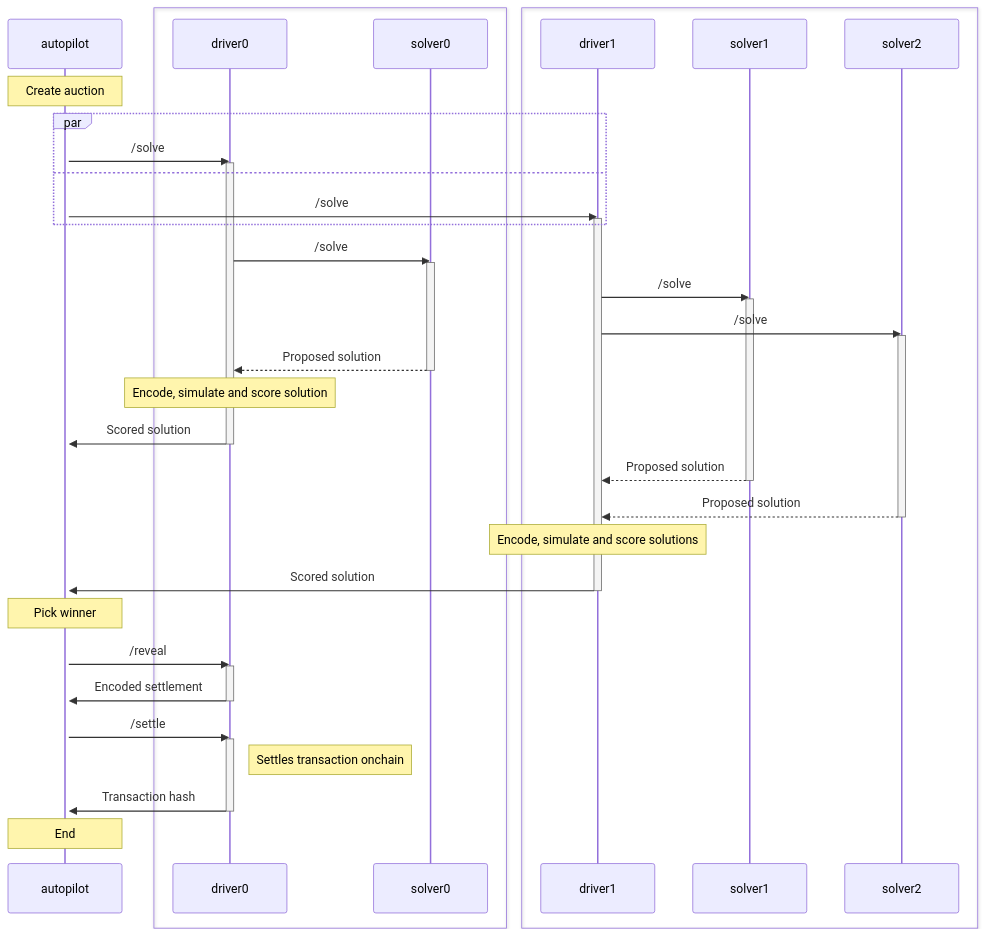
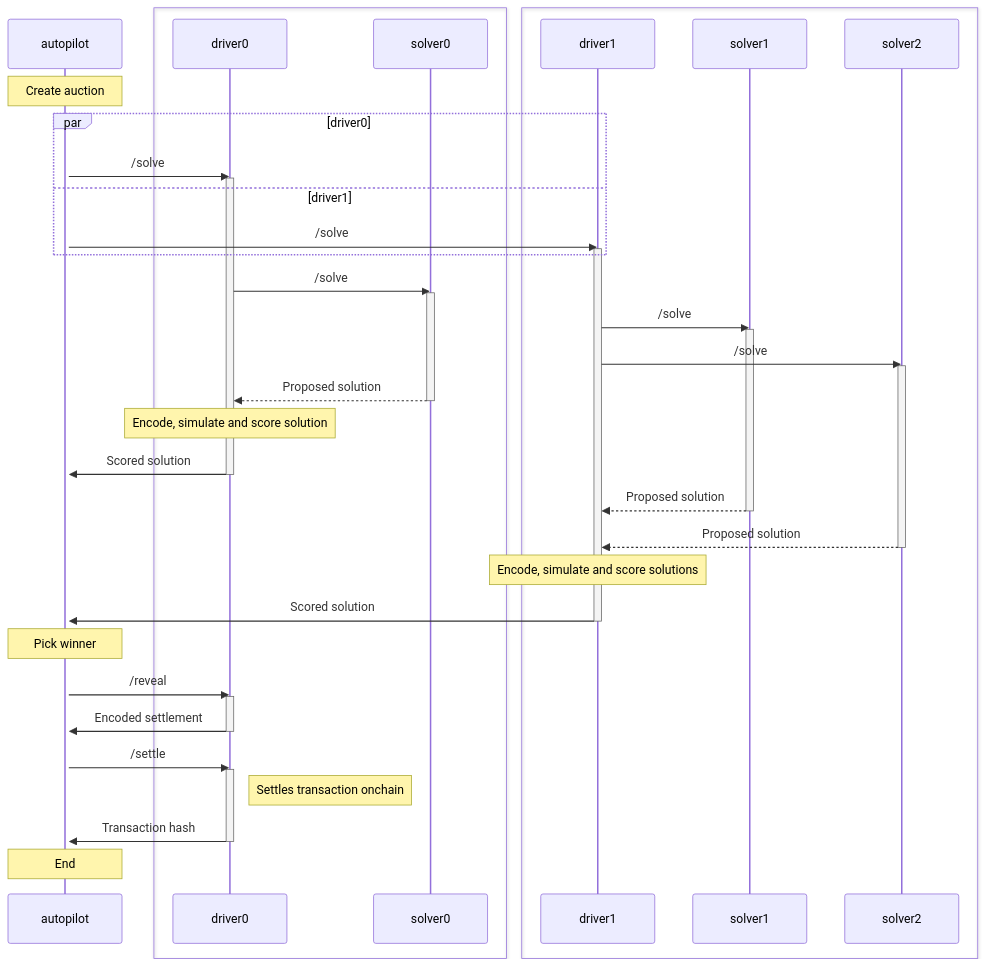
The diagram in docs/cow-protocol/tutorials/arbitrate/README.mdx (cowprotocol/docs), drawn with Mermaid before and after one commit.

Commit message:
small fix

````diff
--- a/docs/cow-protocol/tutorials/arbitrate/README.mdx
+++ b/docs/cow-protocol/tutorials/arbitrate/README.mdx
@@ -26,51 +26,51 @@
 ```mermaid
 sequenceDiagram
     participant autopilot
     box 
     participant driver0 
     participant solver0
     end
     box
     participant driver1
     participant solver1
     participant solver2
     end
     activate autopilot
     Note over autopilot: Create auction
-    par 
+    par driver0
         autopilot->>driver0: /solve
         activate driver0
-    and
+    and driver1
         autopilot->>driver1: /solve
         activate driver1
     end
     driver0->>solver0: /solve
     activate solver0
     driver1->>solver1: /solve
     activate solver1
     driver1->>solver2: /solve
     activate solver2
     solver0-->>driver0: Proposed solution
     deactivate solver0
     Note over driver0: Encode, simulate and score solution
     driver0 ->>autopilot: Scored solution
     deactivate driver0
     solver1-->>driver1: Proposed solution
     deactivate solver1
     solver2-->>driver1: Proposed solution
     deactivate solver2
     Note over driver1: Encode, simulate and score solutions
     driver1 ->>autopilot: Scored solution
     deactivate driver1
     Note over autopilot: Pick winner
     autopilot->>driver0: /reveal
     activate driver0
     driver0->>autopilot: Encoded settlement
     deactivate driver0
     autopilot->>driver0: /settle
     activate driver0;
     Note right of driver0: Settles transaction onchain
     driver0->>autopilot: Transaction hash
     deactivate driver0
     Note over autopilot: End
 ```
````
